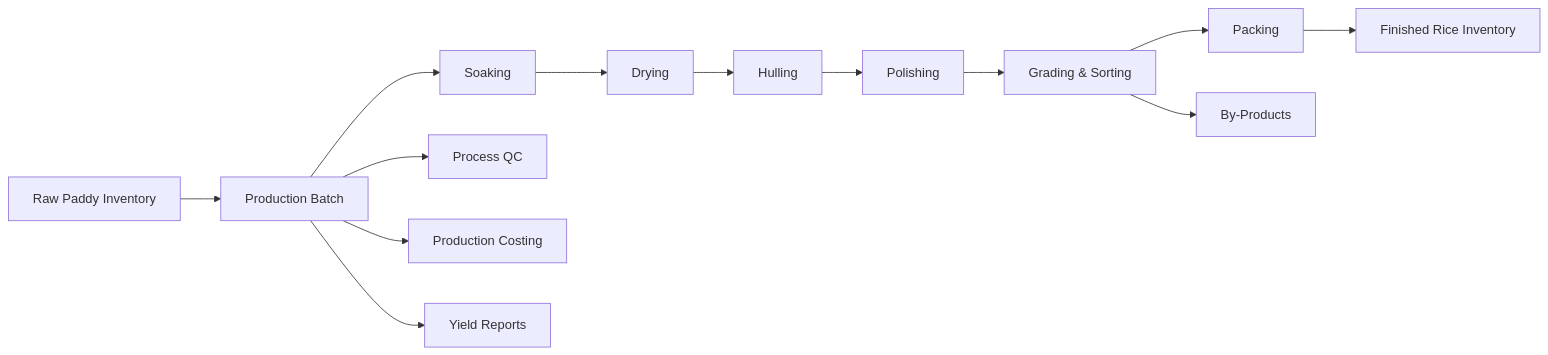
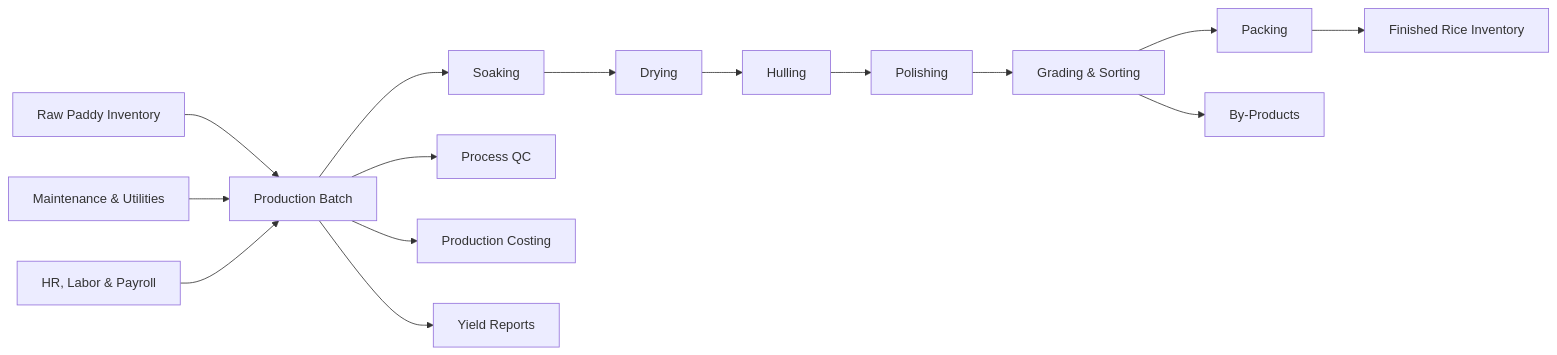
One commit to habibur-rahman-swe/rice-mill-erp changed the diagram in modules/production/README.md. Above: the diagram before and after it, drawn with Mermaid. The commit also changed other lines of this file and 11 other files, not shown here.

````diff
--- a/modules/production/README.md
+++ b/modules/production/README.md
@@ -15,15 +17,17 @@
 ```mermaid
 flowchart LR
     INV[Raw Paddy Inventory] --> BATCH[Production Batch]
     BATCH --> SOAK[Soaking]
     SOAK --> DRY[Drying]
     DRY --> HULL[Hulling]
     HULL --> POLISH[Polishing]
     POLISH --> GRADE[Grading & Sorting]
     GRADE --> PACK[Packing]
     PACK --> FG[Finished Rice Inventory]
     GRADE --> BYP[By-Products]
     BATCH --> QC[Process QC]
+    MAINT[Maintenance & Utilities] --> BATCH
+    HR[HR, Labor & Payroll] --> BATCH
     BATCH --> FIN[Production Costing]
     BATCH --> MIS[Yield Reports]
 ```
````
